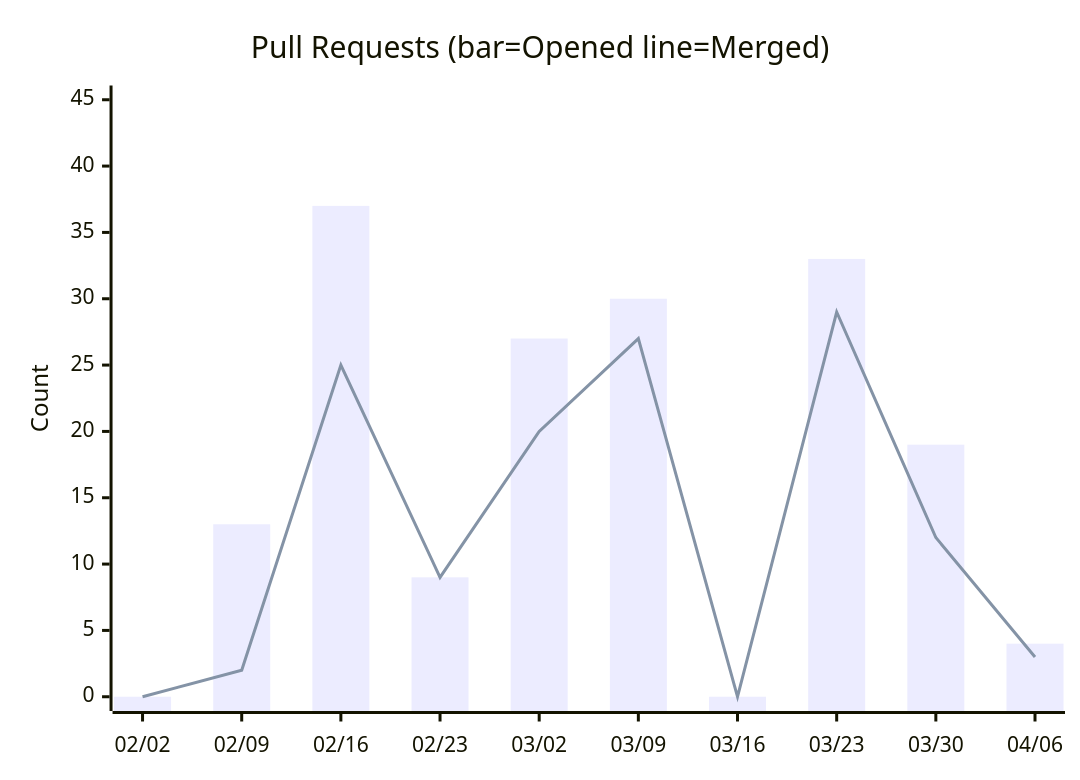
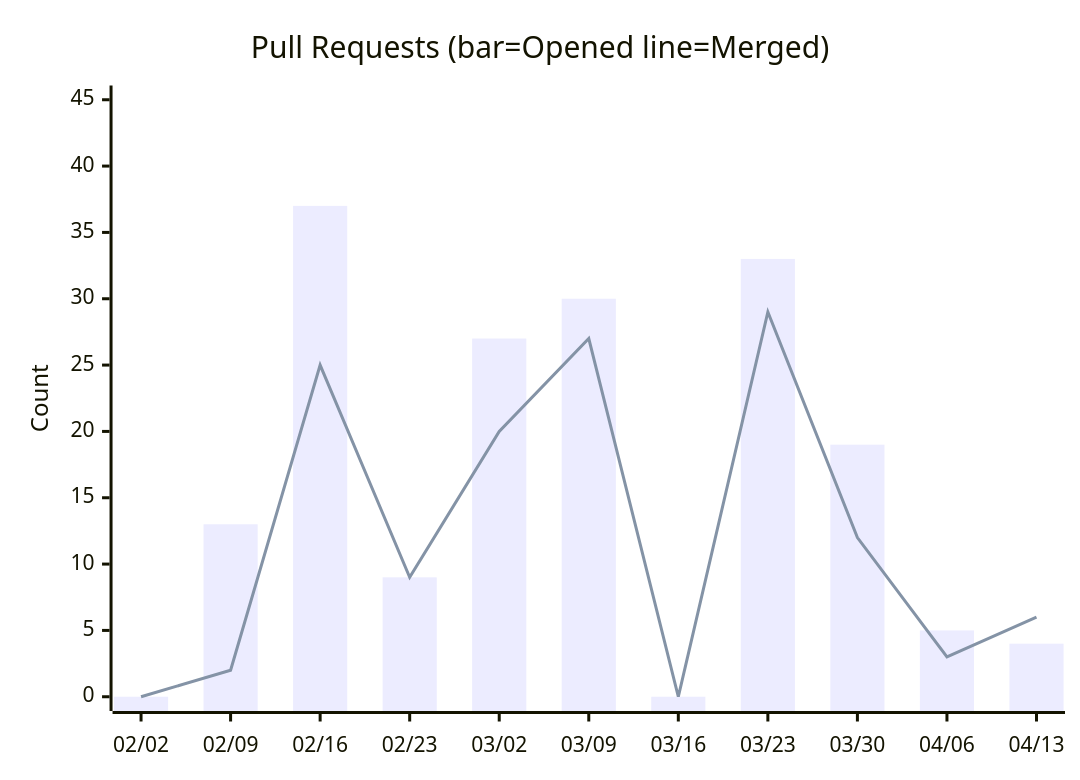
The sixth of 14 diagrams in docs/metrics.md (nablarch/nabledge-dev), drawn with Mermaid before and after one commit. The commit also changed other lines of this file and 2 other files, not shown here.

````diff
--- a/docs/metrics.md
+++ b/docs/metrics.md
@@ -100,8 +100,8 @@
 ```mermaid
 xychart-beta
   title "Pull Requests (bar=Opened  line=Merged)"
-  x-axis ["02/02", "02/09", "02/16", "02/23", "03/02", "03/09", "03/16", "03/23", "03/30", "04/06"]
+  x-axis ["02/02", "02/09", "02/16", "02/23", "03/02", "03/09", "03/16", "03/23", "03/30", "04/06", "04/13"]
   y-axis "Count" 0 --> 45
-  bar [0, 13, 37, 9, 27, 30, 0, 33, 19, 4]
-  line [0, 2, 25, 9, 20, 27, 0, 29, 12, 3]
+  bar [0, 13, 37, 9, 27, 30, 0, 33, 19, 5, 4]
+  line [0, 2, 25, 9, 20, 27, 0, 29, 12, 3, 6]
 ```
````
